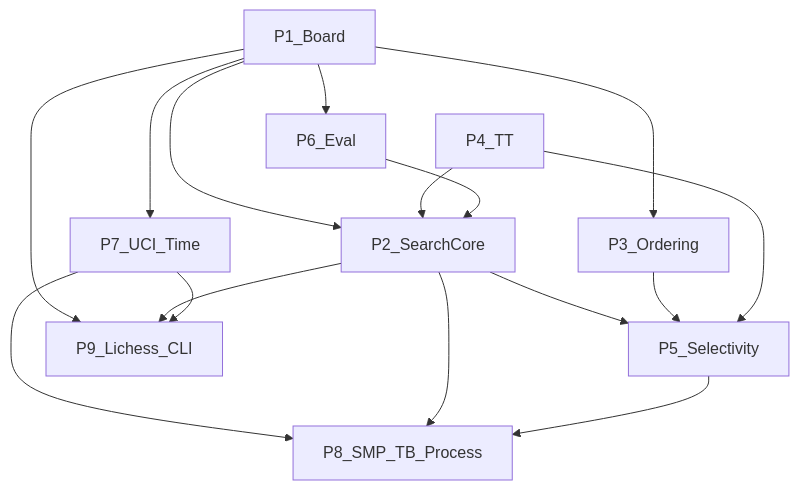
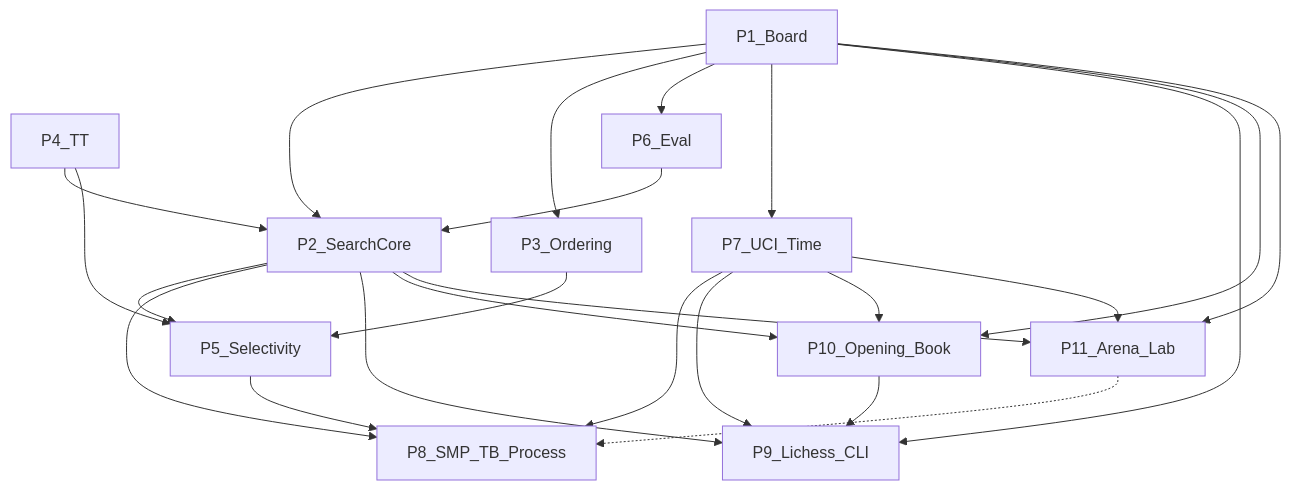
Before and after one commit to drjonah/openchess: the diagram in research/tasks.md, drawn with Mermaid. The commit also changed other lines of this file and 1 other file, not shown here.

````diff
--- a/research/tasks.md
+++ b/research/tasks.md
@@ -45,28 +45,38 @@
 ```mermaid
 flowchart TB
   P1[P1_Board]
   P2[P2_SearchCore]
   P3[P3_Ordering]
   P4[P4_TT]
   P5[P5_Selectivity]
   P6[P6_Eval]
   P7[P7_UCI_Time]
   P8[P8_SMP_TB_Process]
   P9[P9_Lichess_CLI]
+  P10[P10_Opening_Book]
+  P11[P11_Arena_Lab]
 
   P1 --> P2
   P1 --> P3
   P1 --> P6
   P1 --> P7
   P2 --> P5
   P3 --> P5
   P4 --> P2
   P4 --> P5
   P6 --> P2
   P7 --> P8
   P2 --> P8
   P5 --> P8
   P1 --> P9
   P2 --> P9
   P7 --> P9
+  P1 --> P10
+  P2 --> P10
+  P7 --> P10
+  P10 --> P9
+  P1 --> P11
+  P2 --> P11
+  P7 --> P11
+  P11 -.-> P8
 ```
````
